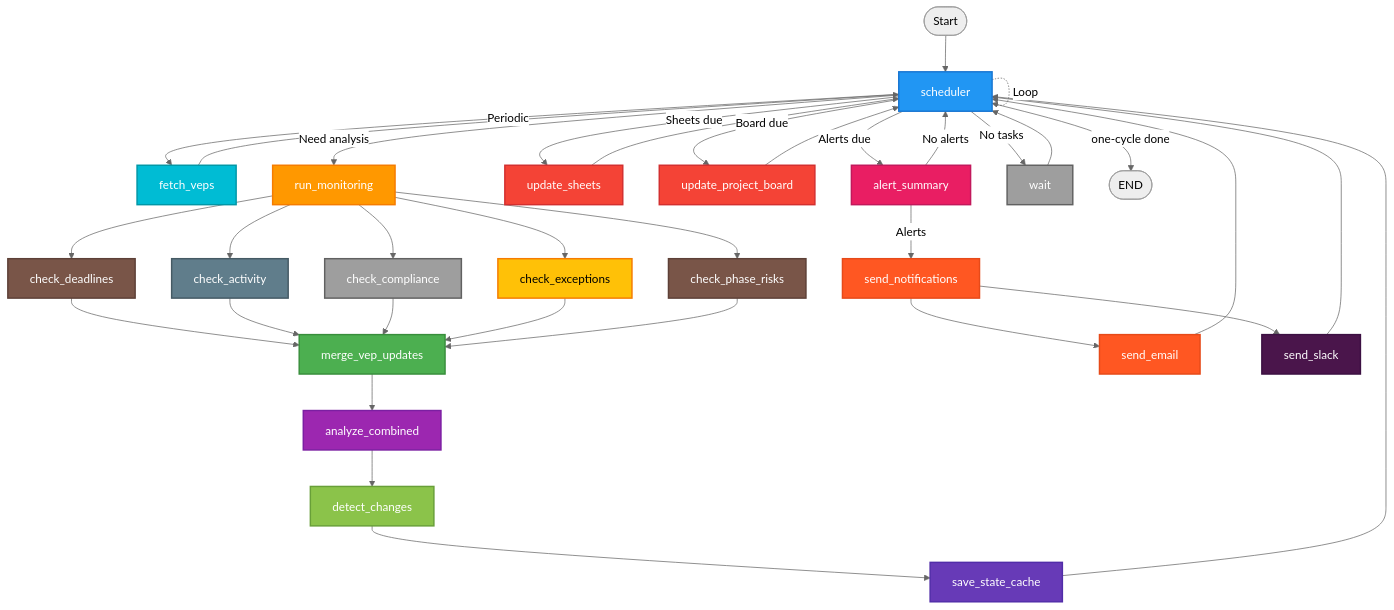
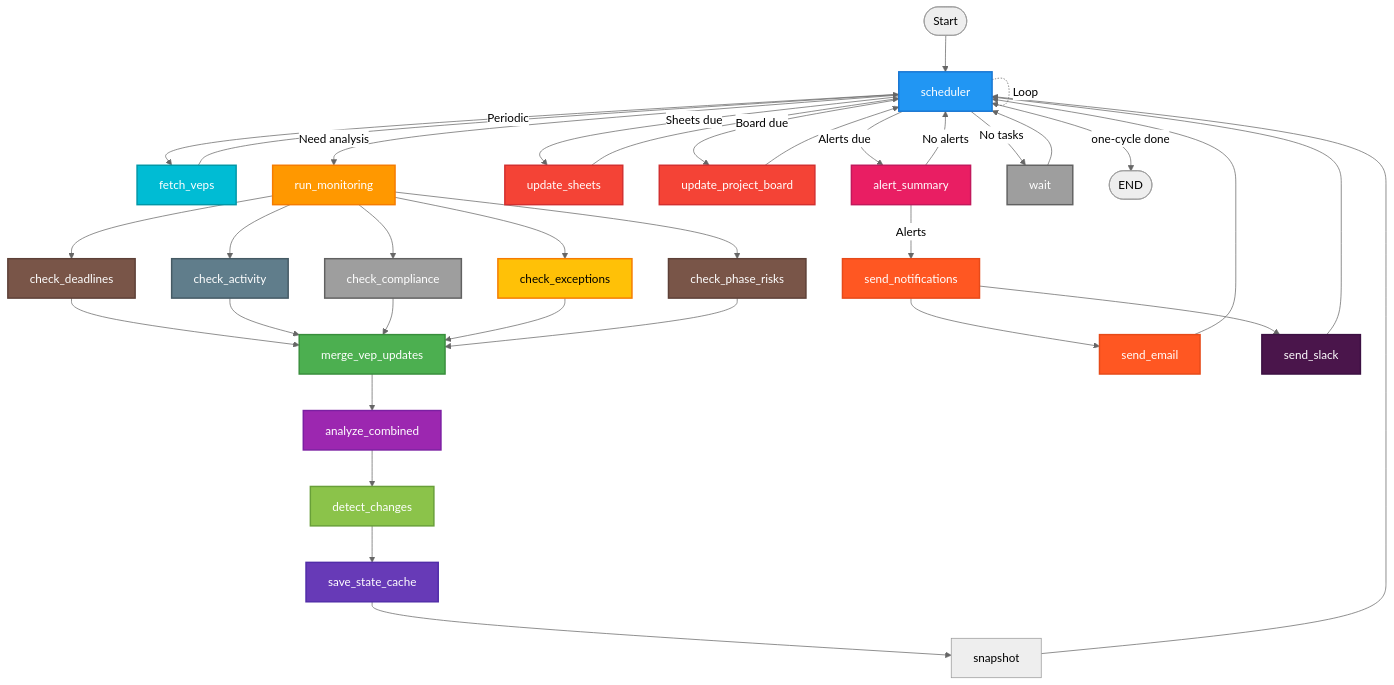
The diagram in README.md (iholder101/vep-police-agent), drawn with Mermaid (neutral theme) before and after one commit. The commit also changed 6 other files, not shown here.

````diff
--- a/README.md
+++ b/README.md
@@ -27,65 +27,66 @@
 ```mermaid
 graph TD
     Start([Start]) --> Scheduler[scheduler]
 
     Scheduler -->|Periodic| FetchVEPs[fetch_veps]
     Scheduler -->|Need analysis| RunMonitoring[run_monitoring]
     Scheduler -->|Sheets due| UpdateSheets[update_sheets]
     Scheduler -->|Board due| UpdateBoard[update_project_board]
     Scheduler -->|Alerts due| AlertSummary[alert_summary]
     Scheduler -->|No tasks| Wait[wait]
     Scheduler -->|one-cycle done| End([END])
 
     FetchVEPs --> Scheduler
 
     RunMonitoring --> CheckDeadlines[check_deadlines]
     RunMonitoring --> CheckActivity[check_activity]
     RunMonitoring --> CheckCompliance[check_compliance]
     RunMonitoring --> CheckExceptions[check_exceptions]
     RunMonitoring --> CheckPhaseRisks[check_phase_risks]
 
     CheckDeadlines --> MergeUpdates[merge_vep_updates]
     CheckActivity --> MergeUpdates
     CheckCompliance --> MergeUpdates
     CheckExceptions --> MergeUpdates
     CheckPhaseRisks --> MergeUpdates
 
     MergeUpdates --> AnalyzeCombined[analyze_combined]
     AnalyzeCombined --> DetectChanges[detect_changes]
     DetectChanges --> SaveStateCache[save_state_cache]
-    SaveStateCache --> Scheduler
+    SaveStateCache --> Snapshot[snapshot]
+    Snapshot --> Scheduler
 
     AlertSummary -->|Alerts| SendNotifications[send_notifications]
     AlertSummary -->|No alerts| Scheduler
 
     SendNotifications --> SendEmail[send_email]
     SendNotifications --> SendSlack[send_slack]
 
     UpdateSheets --> Scheduler
     UpdateBoard --> Scheduler
     SendEmail --> Scheduler
     SendSlack --> Scheduler
     Wait --> Scheduler
 
     Scheduler -.->|Loop| Scheduler
 
     style Scheduler fill:#2196F3,stroke:#1976D2,stroke-width:2px,color:#fff
     style RunMonitoring fill:#FF9800,stroke:#F57C00,stroke-width:2px,color:#fff
     style MergeUpdates fill:#4CAF50,stroke:#388E3C,stroke-width:2px,color:#fff
     style AnalyzeCombined fill:#9C27B0,stroke:#7B1FA2,stroke-width:2px,color:#fff
     style DetectChanges fill:#8BC34A,stroke:#689F38,stroke-width:2px,color:#fff
     style SaveStateCache fill:#673AB7,stroke:#512DA8,stroke-width:2px,color:#fff
     style UpdateSheets fill:#F44336,stroke:#D32F2F,stroke-width:2px,color:#fff
     style UpdateBoard fill:#F44336,stroke:#D32F2F,stroke-width:2px,color:#fff
     style FetchVEPs fill:#00BCD4,stroke:#0097A7,stroke-width:2px,color:#fff
     style CheckDeadlines fill:#795548,stroke:#5D4037,stroke-width:2px,color:#fff
     style CheckActivity fill:#607D8B,stroke:#455A64,stroke-width:2px,color:#fff
     style CheckCompliance fill:#9E9E9E,stroke:#616161,stroke-width:2px,color:#fff
     style CheckExceptions fill:#FFC107,stroke:#F57C00,stroke-width:2px,color:#000
     style CheckPhaseRisks fill:#795548,stroke:#5D4037,stroke-width:2px,color:#fff
     style AlertSummary fill:#E91E63,stroke:#C2185B,stroke-width:2px,color:#fff
     style SendNotifications fill:#FF5722,stroke:#E64A19,stroke-width:2px,color:#fff
     style SendEmail fill:#FF5722,stroke:#E64A19,stroke-width:2px,color:#fff
     style SendSlack fill:#4A154B,stroke:#3C1042,stroke-width:2px,color:#fff
     style Wait fill:#9E9E9E,stroke:#616161,stroke-width:2px,color:#fff
 ```
````
